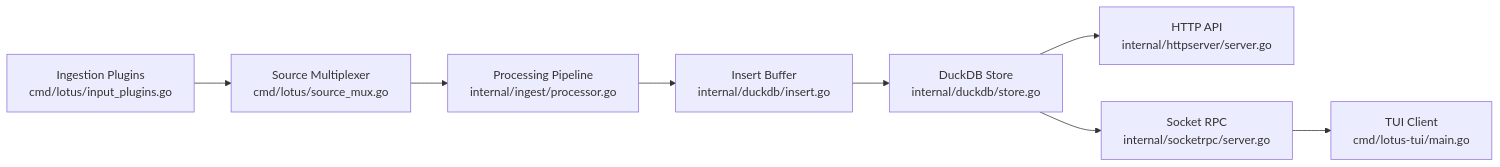
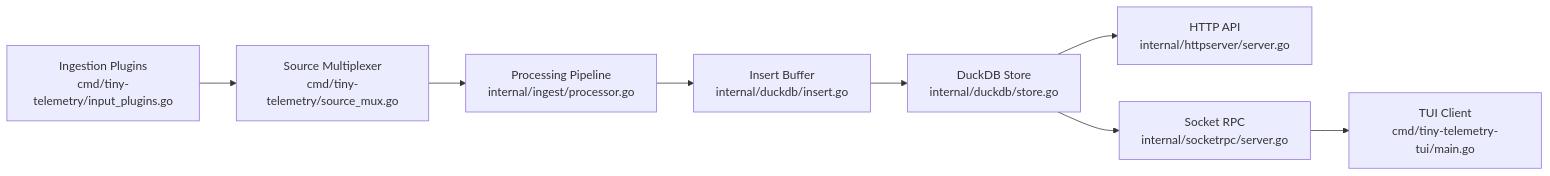
Before and after one commit to heyojules/lotus: the diagram in docs/layers/README.md, drawn with Mermaid. The commit also changed other lines of this file and 112 other files, not shown here.

````diff
--- a/docs/layers/README.md
+++ b/docs/layers/README.md
@@ -25,10 +25,10 @@
 ```mermaid
 flowchart LR
-  A["Ingestion Plugins\ncmd/lotus/input_plugins.go"] --> B["Source Multiplexer\ncmd/lotus/source_mux.go"]
+  A["Ingestion Plugins\ncmd/tiny-telemetry/input_plugins.go"] --> B["Source Multiplexer\ncmd/tiny-telemetry/source_mux.go"]
   B --> C["Processing Pipeline\ninternal/ingest/processor.go"]
   C --> D["Insert Buffer\ninternal/duckdb/insert.go"]
   D --> E["DuckDB Store\ninternal/duckdb/store.go"]
   E --> F["HTTP API\ninternal/httpserver/server.go"]
   E --> G["Socket RPC\ninternal/socketrpc/server.go"]
-  G --> H["TUI Client\ncmd/lotus-tui/main.go"]
+  G --> H["TUI Client\ncmd/tiny-telemetry-tui/main.go"]
 ```
````
